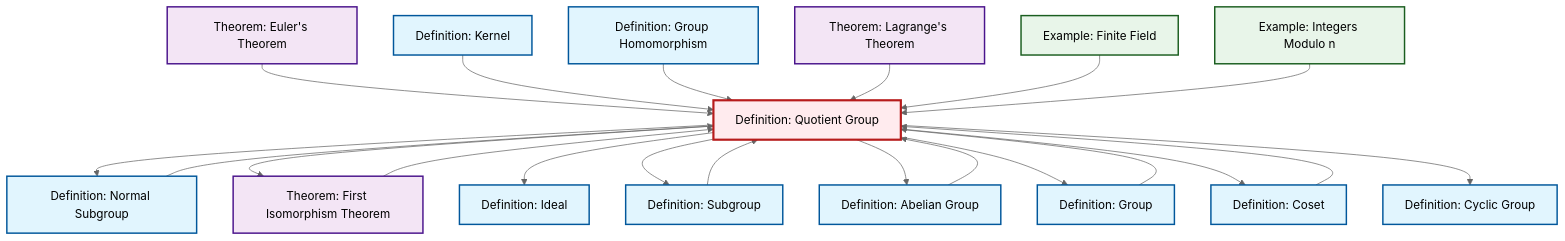
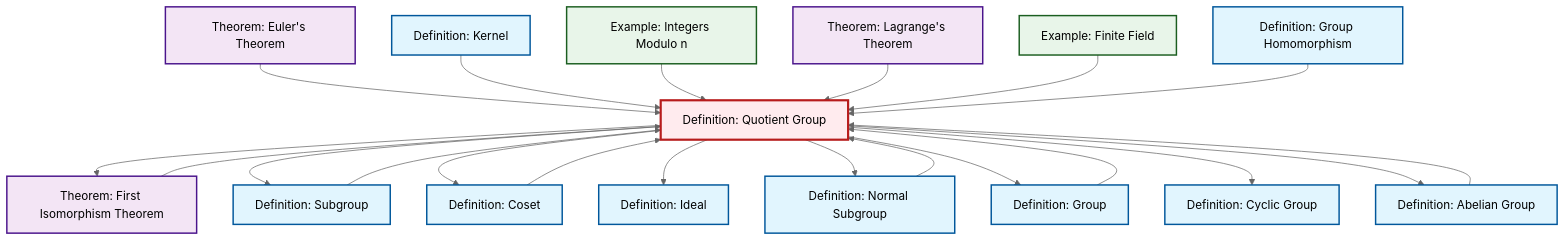
Before and after one commit to RK0429/ModernMath: the diagram in content/ja/algebra/def-quotient-group.qmd, drawn with Mermaid (neutral theme). The commit also changed other lines of this file and 360 other files, not shown here.

````diff
--- a/content/ja/algebra/def-quotient-group.qmd
+++ b/content/ja/algebra/def-quotient-group.qmd
@@ -143,59 +143,59 @@
 ```{mermaid}
 %%| fig-cap: "Local dependency graph"
 graph TD
     classDef definition fill:#e1f5fe,stroke:#01579b,stroke-width:2px
     classDef theorem fill:#f3e5f5,stroke:#4a148c,stroke-width:2px
     classDef axiom fill:#fff3e0,stroke:#e65100,stroke-width:2px
     classDef example fill:#e8f5e9,stroke:#1b5e20,stroke-width:2px
     classDef current fill:#ffebee,stroke:#b71c1c,stroke-width:3px
+    def-quotient-group["Definition: Quotient Group"]:::definition
+    def-normal-subgroup["Definition: Normal Subgroup"]:::definition
+    thm-euler["Theorem: Euler's Theorem"]:::theorem
+    def-abelian-group["Definition: Abelian Group"]:::definition
+    thm-lagrange["Theorem: Lagrange's Theorem"]:::theorem
+    thm-first-isomorphism["Theorem: First Isomorphism Theorem"]:::theorem
+    def-coset["Definition: Coset"]:::definition
+    def-ideal["Definition: Ideal"]:::definition
+    def-kernel["Definition: Kernel"]:::definition
+    ex-finite-field["Example: Finite Field"]:::example
+    def-homomorphism["Definition: Group Homomorphism"]:::definition
     ex-quotient-integers-mod-n["Example: Integers Modulo n"]:::example
-    def-abelian-group["Definition: Abelian Group"]:::definition
     def-cyclic-group["Definition: Cyclic Group"]:::definition
-    def-normal-subgroup["Definition: Normal Subgroup"]:::definition
-    thm-first-isomorphism["Theorem: First Isomorphism Theorem"]:::theorem
-    ex-finite-field["Example: Finite Field"]:::example
+    def-group["Definition: Group"]:::definition
     def-subgroup["Definition: Subgroup"]:::definition
-    def-kernel["Definition: Kernel"]:::definition
-    thm-euler["Theorem: Euler's Theorem"]:::theorem
-    def-coset["Definition: Coset"]:::definition
-    def-group["Definition: Group"]:::definition
-    def-ideal["Definition: Ideal"]:::definition
-    def-homomorphism["Definition: Group Homomorphism"]:::definition
-    thm-lagrange["Theorem: Lagrange's Theorem"]:::theorem
-    def-quotient-group["Definition: Quotient Group"]:::definition
+    def-quotient-group --> thm-first-isomorphism
+    thm-first-isomorphism --> def-quotient-group
+    def-quotient-group --> def-subgroup
+    def-quotient-group --> def-coset
+    def-abelian-group --> def-quotient-group
     thm-euler --> def-quotient-group
+    def-subgroup --> def-quotient-group
+    def-quotient-group --> def-ideal
+    def-kernel --> def-quotient-group
     def-quotient-group --> def-normal-subgroup
-    def-quotient-group --> thm-first-isomorphism
-    def-kernel --> def-quotient-group
-    def-homomorphism --> def-quotient-group
-    def-quotient-group --> def-ideal
-    def-abelian-group --> def-quotient-group
-    def-quotient-group --> def-subgroup
+    ex-quotient-integers-mod-n --> def-quotient-group
+    def-quotient-group --> def-group
+    def-coset --> def-quotient-group
     thm-lagrange --> def-quotient-group
-    def-coset --> def-quotient-group
-    def-subgroup --> def-quotient-group
     def-normal-subgroup --> def-quotient-group
     def-group --> def-quotient-group
+    ex-finite-field --> def-quotient-group
+    def-homomorphism --> def-quotient-group
+    def-quotient-group --> def-cyclic-group
     def-quotient-group --> def-abelian-group
-    thm-first-isomorphism --> def-quotient-group
-    ex-finite-field --> def-quotient-group
-    ex-quotient-integers-mod-n --> def-quotient-group
-    def-quotient-group --> def-group
-    def-quotient-group --> def-coset
-    def-quotient-group --> def-cyclic-group
     class def-quotient-group current
+    click def-normal-subgroup "def-normal-subgroup.html" "Definition: Normal Subgroupへ"
+    click thm-euler "thm-euler.html" "Theorem: Euler's Theoremへ"
+    click def-abelian-group "def-abelian-group.html" "Definition: Abelian Groupへ"
+    click thm-lagrange "thm-lagrange.html" "Theorem: Lagrange's Theoremへ"
+    click thm-first-isomorphism "thm-first-isomorphism.html" "Theorem: First Isomorphism Theoremへ"
+    click def-coset "def-coset.html" "Definition: Cosetへ"
+    click def-ideal "def-ideal.html" "Definition: Idealへ"
+    click def-kernel "def-kernel.html" "Definition: Kernelへ"
+    click ex-finite-field "ex-finite-field.html" "Example: Finite Fieldへ"
+    click def-homomorphism "def-homomorphism.html" "Definition: Group Homomorphismへ"
     click ex-quotient-integers-mod-n "ex-quotient-integers-mod-n.html" "Example: Integers Modulo nへ"
-    click def-abelian-group "def-abelian-group.html" "Definition: Abelian Groupへ"
     click def-cyclic-group "def-cyclic-group.html" "Definition: Cyclic Groupへ"
-    click def-normal-subgroup "def-normal-subgroup.html" "Definition: Normal Subgroupへ"
-    click thm-first-isomorphism "thm-first-isomorphism.html" "Theorem: First Isomorphism Theoremへ"
-    click ex-finite-field "ex-finite-field.html" "Example: Finite Fieldへ"
+    click def-group "def-group.html" "Definition: Groupへ"
     click def-subgroup "def-subgroup.html" "Definition: Subgroupへ"
-    click def-kernel "def-kernel.html" "Definition: Kernelへ"
-    click thm-euler "thm-euler.html" "Theorem: Euler's Theoremへ"
-    click def-coset "def-coset.html" "Definition: Cosetへ"
-    click def-group "def-group.html" "Definition: Groupへ"
-    click def-ideal "def-ideal.html" "Definition: Idealへ"
-    click def-homomorphism "def-homomorphism.html" "Definition: Group Homomorphismへ"
-    click thm-lagrange "thm-lagrange.html" "Theorem: Lagrange's Theoremへ"
 ```
````
